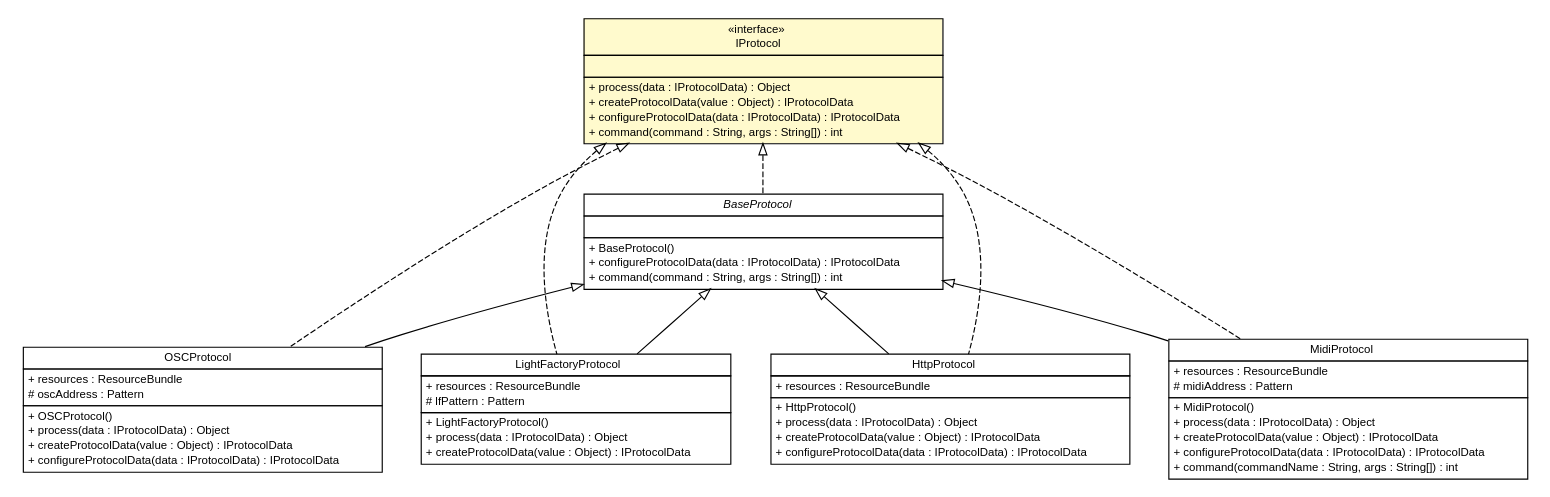
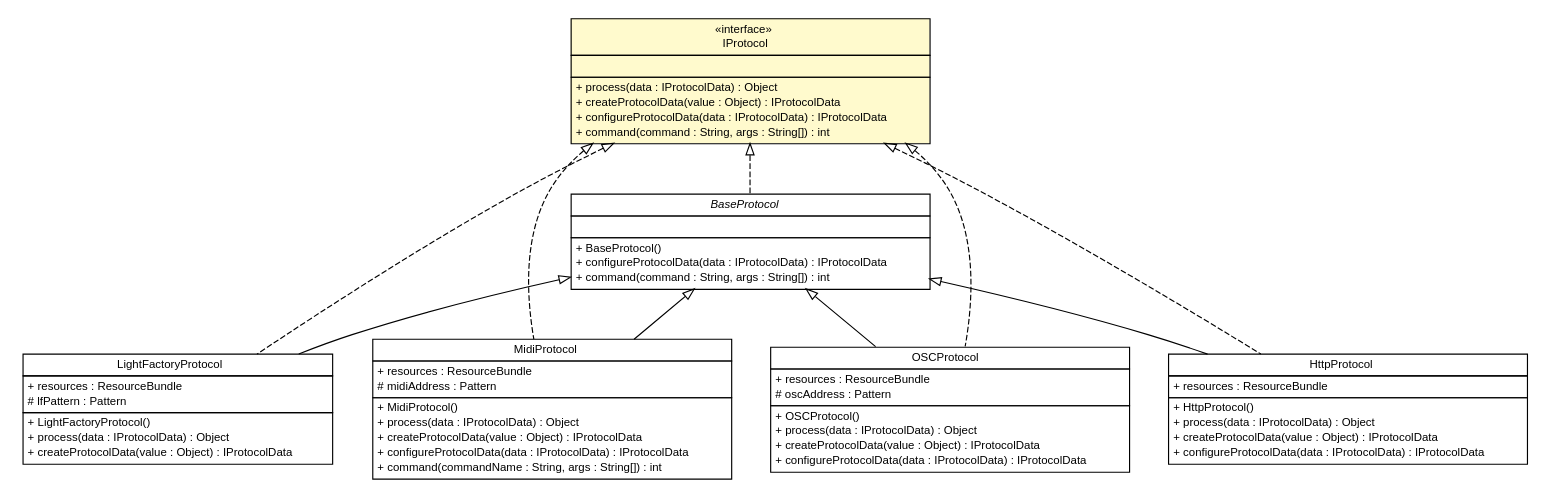
One commit to pcross616/lf-osc-proxy changed the diagram in apidocs/com/xley/lfosc/IProtocol.dot. Above: the diagram before and after it, drawn with Graphviz. The commit also changed 343 other files, not shown here.

```diff
--- a/apidocs/com/xley/lfosc/IProtocol.dot
+++ b/apidocs/com/xley/lfosc/IProtocol.dot
@@ -1,123 +1,123 @@
 #!/usr/local/bin/dot
 #
 # Class diagram 
 # Generated by UMLGraph version R5_6 (http://www.umlgraph.org/)
 #
 
 digraph G {
 	edge [fontname="Helvetica",fontsize=10,labelfontname="Helvetica",labelfontsize=10];
 	node [fontname="Helvetica",fontsize=10,shape=plaintext];
 	nodesep=0.25;
 	ranksep=0.5;
 	// com.xley.lfosc.IProtocol
-	c1179 [label=<<table title="com.xley.lfosc.IProtocol" border="0" cellborder="1" cellspacing="0" cellpadding="2" port="p" bgcolor="lemonChiffon" href="./IProtocol.html">
+	c1177 [label=<<table title="com.xley.lfosc.IProtocol" border="0" cellborder="1" cellspacing="0" cellpadding="2" port="p" bgcolor="lemonChiffon" href="./IProtocol.html">
 		<tr><td><table border="0" cellspacing="0" cellpadding="1">
 <tr><td align="center" balign="center"> &#171;interface&#187; </td></tr>
 <tr><td align="center" balign="center"> IProtocol </td></tr>
 		</table></td></tr>
 		<tr><td><table border="0" cellspacing="0" cellpadding="1">
 <tr><td align="left" balign="left">  </td></tr>
 		</table></td></tr>
 		<tr><td><table border="0" cellspacing="0" cellpadding="1">
 <tr><td align="left" balign="left"> + process(data : IProtocolData) : Object </td></tr>
 <tr><td align="left" balign="left"> + createProtocolData(value : Object) : IProtocolData </td></tr>
 <tr><td align="left" balign="left"> + configureProtocolData(data : IProtocolData) : IProtocolData </td></tr>
 <tr><td align="left" balign="left"> + command(command : String, args : String[]) : int </td></tr>
 		</table></td></tr>
 		</table>>, URL="./IProtocol.html", fontname="Helvetica", fontcolor="black", fontsize=10.0];
-	// com.xley.lfosc.osc.OSCProtocol
-	c1185 [label=<<table title="com.xley.lfosc.osc.OSCProtocol" border="0" cellborder="1" cellspacing="0" cellpadding="2" port="p" href="./osc/OSCProtocol.html">
-		<tr><td><table border="0" cellspacing="0" cellpadding="1">
-<tr><td align="center" balign="center"> OSCProtocol </td></tr>
-		</table></td></tr>
-		<tr><td><table border="0" cellspacing="0" cellpadding="1">
-<tr><td align="left" balign="left"> + resources : ResourceBundle </td></tr>
-<tr><td align="left" balign="left"> # oscAddress : Pattern </td></tr>
-		</table></td></tr>
-		<tr><td><table border="0" cellspacing="0" cellpadding="1">
-<tr><td align="left" balign="left"> + OSCProtocol() </td></tr>
-<tr><td align="left" balign="left"> + process(data : IProtocolData) : Object </td></tr>
-<tr><td align="left" balign="left"> + createProtocolData(value : Object) : IProtocolData </td></tr>
-<tr><td align="left" balign="left"> + configureProtocolData(data : IProtocolData) : IProtocolData </td></tr>
-		</table></td></tr>
-		</table>>, URL="./osc/OSCProtocol.html", fontname="Helvetica", fontcolor="black", fontsize=10.0];
-	// com.xley.lfosc.impl.BaseProtocol
-	c1186 [label=<<table title="com.xley.lfosc.impl.BaseProtocol" border="0" cellborder="1" cellspacing="0" cellpadding="2" port="p" href="./impl/BaseProtocol.html">
-		<tr><td><table border="0" cellspacing="0" cellpadding="1">
-<tr><td align="center" balign="center"><font face="Helvetica-Oblique"> BaseProtocol </font></td></tr>
-		</table></td></tr>
-		<tr><td><table border="0" cellspacing="0" cellpadding="1">
-<tr><td align="left" balign="left">  </td></tr>
-		</table></td></tr>
-		<tr><td><table border="0" cellspacing="0" cellpadding="1">
-<tr><td align="left" balign="left"> + BaseProtocol() </td></tr>
-<tr><td align="left" balign="left"> + configureProtocolData(data : IProtocolData) : IProtocolData </td></tr>
-<tr><td align="left" balign="left"> + command(command : String, args : String[]) : int </td></tr>
-		</table></td></tr>
-		</table>>, URL="./impl/BaseProtocol.html", fontname="Helvetica", fontcolor="black", fontsize=10.0];
 	// com.xley.lfosc.lightfactory.LightFactoryProtocol
-	c1190 [label=<<table title="com.xley.lfosc.lightfactory.LightFactoryProtocol" border="0" cellborder="1" cellspacing="0" cellpadding="2" port="p" href="./lightfactory/LightFactoryProtocol.html">
+	c1181 [label=<<table title="com.xley.lfosc.lightfactory.LightFactoryProtocol" border="0" cellborder="1" cellspacing="0" cellpadding="2" port="p" href="./lightfactory/LightFactoryProtocol.html">
 		<tr><td><table border="0" cellspacing="0" cellpadding="1">
 <tr><td align="center" balign="center"> LightFactoryProtocol </td></tr>
 		</table></td></tr>
 		<tr><td><table border="0" cellspacing="0" cellpadding="1">
 <tr><td align="left" balign="left"> + resources : ResourceBundle </td></tr>
 <tr><td align="left" balign="left"> # lfPattern : Pattern </td></tr>
 		</table></td></tr>
 		<tr><td><table border="0" cellspacing="0" cellpadding="1">
 <tr><td align="left" balign="left"> + LightFactoryProtocol() </td></tr>
 <tr><td align="left" balign="left"> + process(data : IProtocolData) : Object </td></tr>
 <tr><td align="left" balign="left"> + createProtocolData(value : Object) : IProtocolData </td></tr>
 		</table></td></tr>
 		</table>>, URL="./lightfactory/LightFactoryProtocol.html", fontname="Helvetica", fontcolor="black", fontsize=10.0];
-	// com.xley.lfosc.http.HttpProtocol
-	c1202 [label=<<table title="com.xley.lfosc.http.HttpProtocol" border="0" cellborder="1" cellspacing="0" cellpadding="2" port="p" href="./http/HttpProtocol.html">
-		<tr><td><table border="0" cellspacing="0" cellpadding="1">
-<tr><td align="center" balign="center"> HttpProtocol </td></tr>
-		</table></td></tr>
-		<tr><td><table border="0" cellspacing="0" cellpadding="1">
-<tr><td align="left" balign="left"> + resources : ResourceBundle </td></tr>
-		</table></td></tr>
-		<tr><td><table border="0" cellspacing="0" cellpadding="1">
-<tr><td align="left" balign="left"> + HttpProtocol() </td></tr>
-<tr><td align="left" balign="left"> + process(data : IProtocolData) : Object </td></tr>
-<tr><td align="left" balign="left"> + createProtocolData(value : Object) : IProtocolData </td></tr>
-<tr><td align="left" balign="left"> + configureProtocolData(data : IProtocolData) : IProtocolData </td></tr>
-		</table></td></tr>
-		</table>>, URL="./http/HttpProtocol.html", fontname="Helvetica", fontcolor="black", fontsize=10.0];
 	// com.xley.lfosc.midi.MidiProtocol
-	c1211 [label=<<table title="com.xley.lfosc.midi.MidiProtocol" border="0" cellborder="1" cellspacing="0" cellpadding="2" port="p" href="./midi/MidiProtocol.html">
+	c1189 [label=<<table title="com.xley.lfosc.midi.MidiProtocol" border="0" cellborder="1" cellspacing="0" cellpadding="2" port="p" href="./midi/MidiProtocol.html">
 		<tr><td><table border="0" cellspacing="0" cellpadding="1">
 <tr><td align="center" balign="center"> MidiProtocol </td></tr>
 		</table></td></tr>
 		<tr><td><table border="0" cellspacing="0" cellpadding="1">
 <tr><td align="left" balign="left"> + resources : ResourceBundle </td></tr>
 <tr><td align="left" balign="left"> # midiAddress : Pattern </td></tr>
 		</table></td></tr>
 		<tr><td><table border="0" cellspacing="0" cellpadding="1">
 <tr><td align="left" balign="left"> + MidiProtocol() </td></tr>
 <tr><td align="left" balign="left"> + process(data : IProtocolData) : Object </td></tr>
 <tr><td align="left" balign="left"> + createProtocolData(value : Object) : IProtocolData </td></tr>
 <tr><td align="left" balign="left"> + configureProtocolData(data : IProtocolData) : IProtocolData </td></tr>
 <tr><td align="left" balign="left"> + command(commandName : String, args : String[]) : int </td></tr>
 		</table></td></tr>
 		</table>>, URL="./midi/MidiProtocol.html", fontname="Helvetica", fontcolor="black", fontsize=10.0];
+	// com.xley.lfosc.osc.OSCProtocol
+	c1196 [label=<<table title="com.xley.lfosc.osc.OSCProtocol" border="0" cellborder="1" cellspacing="0" cellpadding="2" port="p" href="./osc/OSCProtocol.html">
+		<tr><td><table border="0" cellspacing="0" cellpadding="1">
+<tr><td align="center" balign="center"> OSCProtocol </td></tr>
+		</table></td></tr>
+		<tr><td><table border="0" cellspacing="0" cellpadding="1">
+<tr><td align="left" balign="left"> + resources : ResourceBundle </td></tr>
+<tr><td align="left" balign="left"> # oscAddress : Pattern </td></tr>
+		</table></td></tr>
+		<tr><td><table border="0" cellspacing="0" cellpadding="1">
+<tr><td align="left" balign="left"> + OSCProtocol() </td></tr>
+<tr><td align="left" balign="left"> + process(data : IProtocolData) : Object </td></tr>
+<tr><td align="left" balign="left"> + createProtocolData(value : Object) : IProtocolData </td></tr>
+<tr><td align="left" balign="left"> + configureProtocolData(data : IProtocolData) : IProtocolData </td></tr>
+		</table></td></tr>
+		</table>>, URL="./osc/OSCProtocol.html", fontname="Helvetica", fontcolor="black", fontsize=10.0];
+	// com.xley.lfosc.http.HttpProtocol
+	c1208 [label=<<table title="com.xley.lfosc.http.HttpProtocol" border="0" cellborder="1" cellspacing="0" cellpadding="2" port="p" href="./http/HttpProtocol.html">
+		<tr><td><table border="0" cellspacing="0" cellpadding="1">
+<tr><td align="center" balign="center"> HttpProtocol </td></tr>
+		</table></td></tr>
+		<tr><td><table border="0" cellspacing="0" cellpadding="1">
+<tr><td align="left" balign="left"> + resources : ResourceBundle </td></tr>
+		</table></td></tr>
+		<tr><td><table border="0" cellspacing="0" cellpadding="1">
+<tr><td align="left" balign="left"> + HttpProtocol() </td></tr>
+<tr><td align="left" balign="left"> + process(data : IProtocolData) : Object </td></tr>
+<tr><td align="left" balign="left"> + createProtocolData(value : Object) : IProtocolData </td></tr>
+<tr><td align="left" balign="left"> + configureProtocolData(data : IProtocolData) : IProtocolData </td></tr>
+		</table></td></tr>
+		</table>>, URL="./http/HttpProtocol.html", fontname="Helvetica", fontcolor="black", fontsize=10.0];
+	// com.xley.lfosc.impl.BaseProtocol
+	c1211 [label=<<table title="com.xley.lfosc.impl.BaseProtocol" border="0" cellborder="1" cellspacing="0" cellpadding="2" port="p" href="./impl/BaseProtocol.html">
+		<tr><td><table border="0" cellspacing="0" cellpadding="1">
+<tr><td align="center" balign="center"><font face="Helvetica-Oblique"> BaseProtocol </font></td></tr>
+		</table></td></tr>
+		<tr><td><table border="0" cellspacing="0" cellpadding="1">
+<tr><td align="left" balign="left">  </td></tr>
+		</table></td></tr>
+		<tr><td><table border="0" cellspacing="0" cellpadding="1">
+<tr><td align="left" balign="left"> + BaseProtocol() </td></tr>
+<tr><td align="left" balign="left"> + configureProtocolData(data : IProtocolData) : IProtocolData </td></tr>
+<tr><td align="left" balign="left"> + command(command : String, args : String[]) : int </td></tr>
+		</table></td></tr>
+		</table>>, URL="./impl/BaseProtocol.html", fontname="Helvetica", fontcolor="black", fontsize=10.0];
+	//com.xley.lfosc.lightfactory.LightFactoryProtocol extends com.xley.lfosc.impl.BaseProtocol
+	c1211:p -> c1181:p [dir=back,arrowtail=empty];
+	//com.xley.lfosc.lightfactory.LightFactoryProtocol implements com.xley.lfosc.IProtocol
+	c1177:p -> c1181:p [dir=back,arrowtail=empty,style=dashed];
+	//com.xley.lfosc.midi.MidiProtocol extends com.xley.lfosc.impl.BaseProtocol
+	c1211:p -> c1189:p [dir=back,arrowtail=empty];
+	//com.xley.lfosc.midi.MidiProtocol implements com.xley.lfosc.IProtocol
+	c1177:p -> c1189:p [dir=back,arrowtail=empty,style=dashed];
 	//com.xley.lfosc.osc.OSCProtocol extends com.xley.lfosc.impl.BaseProtocol
-	c1186:p -> c1185:p [dir=back,arrowtail=empty];
+	c1211:p -> c1196:p [dir=back,arrowtail=empty];
 	//com.xley.lfosc.osc.OSCProtocol implements com.xley.lfosc.IProtocol
-	c1179:p -> c1185:p [dir=back,arrowtail=empty,style=dashed];
+	c1177:p -> c1196:p [dir=back,arrowtail=empty,style=dashed];
+	//com.xley.lfosc.http.HttpProtocol extends com.xley.lfosc.impl.BaseProtocol
+	c1211:p -> c1208:p [dir=back,arrowtail=empty];
+	//com.xley.lfosc.http.HttpProtocol implements com.xley.lfosc.IProtocol
+	c1177:p -> c1208:p [dir=back,arrowtail=empty,style=dashed];
 	//com.xley.lfosc.impl.BaseProtocol implements com.xley.lfosc.IProtocol
-	c1179:p -> c1186:p [dir=back,arrowtail=empty,style=dashed];
-	//com.xley.lfosc.lightfactory.LightFactoryProtocol extends com.xley.lfosc.impl.BaseProtocol
-	c1186:p -> c1190:p [dir=back,arrowtail=empty];
-	//com.xley.lfosc.lightfactory.LightFactoryProtocol implements com.xley.lfosc.IProtocol
-	c1179:p -> c1190:p [dir=back,arrowtail=empty,style=dashed];
-	//com.xley.lfosc.http.HttpProtocol extends com.xley.lfosc.impl.BaseProtocol
-	c1186:p -> c1202:p [dir=back,arrowtail=empty];
-	//com.xley.lfosc.http.HttpProtocol implements com.xley.lfosc.IProtocol
-	c1179:p -> c1202:p [dir=back,arrowtail=empty,style=dashed];
-	//com.xley.lfosc.midi.MidiProtocol extends com.xley.lfosc.impl.BaseProtocol
-	c1186:p -> c1211:p [dir=back,arrowtail=empty];
-	//com.xley.lfosc.midi.MidiProtocol implements com.xley.lfosc.IProtocol
-	c1179:p -> c1211:p [dir=back,arrowtail=empty,style=dashed];
+	c1177:p -> c1211:p [dir=back,arrowtail=empty,style=dashed];
 }
```
